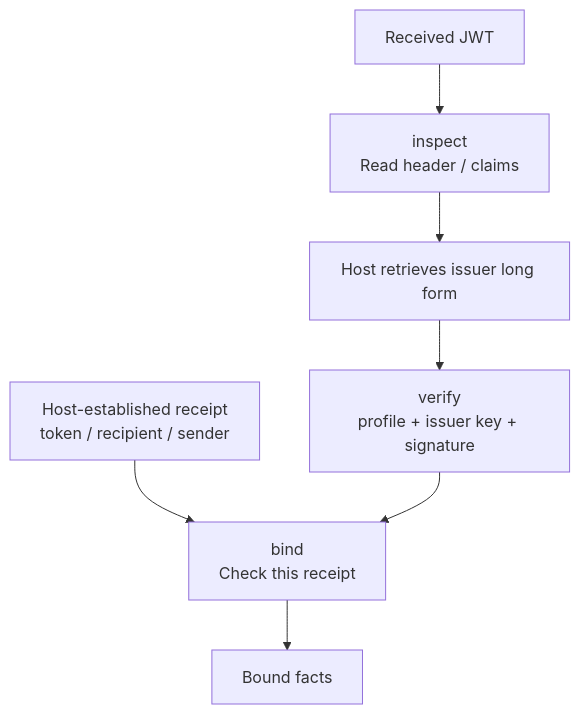
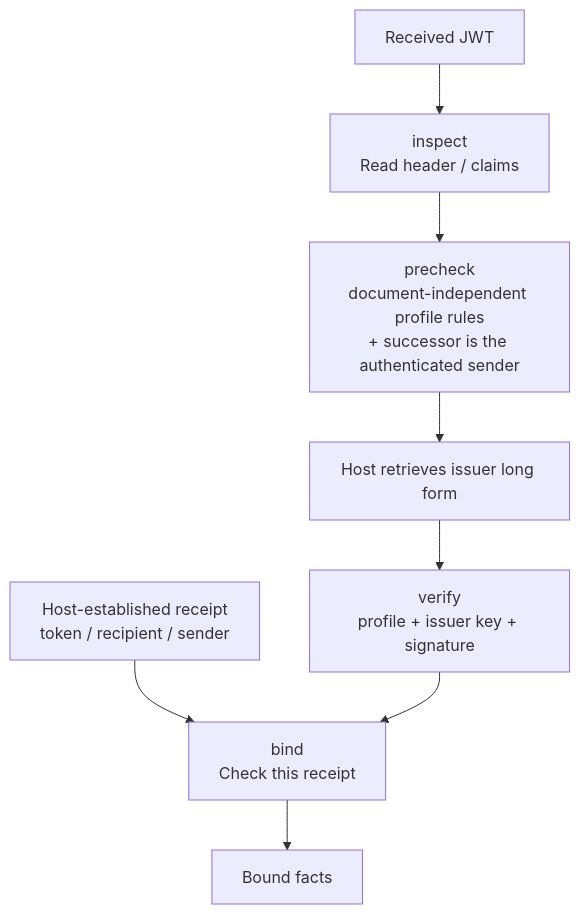
One commit to estoc-net/estoc changed diagram 15 of 18 in packages/continuity/docs/guide.md. Above: the diagram before and after it, drawn with Mermaid. The commit also changed other lines of this file and 4 other files, not shown here.

First line of the commit message:
continuity: precheck from_prior without issuer material, CID host contract (#111)

````diff
--- a/packages/continuity/docs/guide.md
+++ b/packages/continuity/docs/guide.md
@@ -492,9 +492,10 @@
 ```mermaid
 flowchart TB
     JWT["Received JWT"] --> I["inspect<br/>Read header / claims"]
-    I --> D["Host retrieves issuer long form"]
+    I --> P["precheck<br/>document-independent profile rules<br/>+ successor is the authenticated sender"]
+    P --> D["Host retrieves issuer long form"]
     D --> V["verify<br/>profile + issuer key + signature"]
     R["Host-established receipt<br/>token / recipient / sender"] --> B["bind<br/>Check this receipt"]
     V --> B
     B --> F["Bound facts"]
 ```
````
